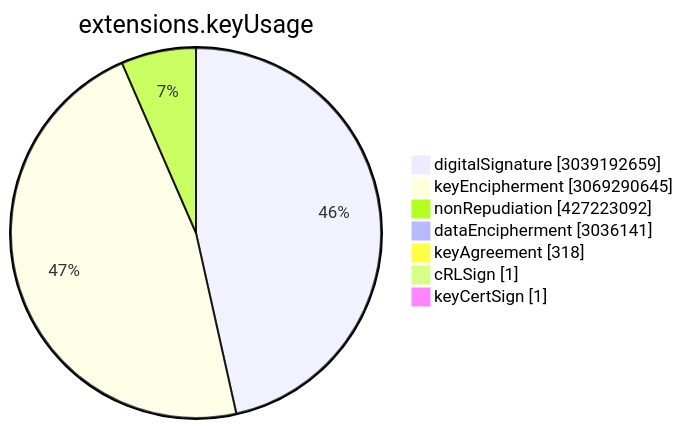
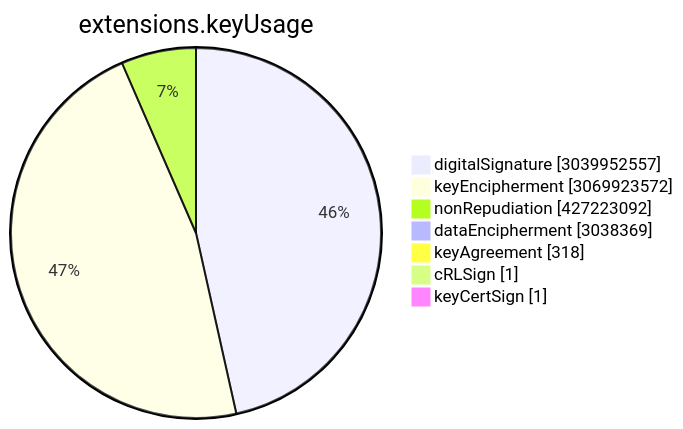
Before and after one commit to christiankrug/ctmonitor_visualization: the sixth of 15 diagrams in TOTAL/README.md, drawn with Mermaid. The commit also changed other lines of this file, not shown here.

````diff
--- a/TOTAL/README.md
+++ b/TOTAL/README.md
@@ -3075,11 +3075,11 @@
 ```mermaid
 pie showData
 title extensions.keyUsage
-"digitalSignature" :3039192659
-"keyEncipherment" :3069290645
+"digitalSignature" :3039952557
+"keyEncipherment" :3069923572
 "nonRepudiation" :427223092
-"dataEncipherment" :3036141
+"dataEncipherment" :3038369
 "keyAgreement" :318
 "cRLSign" :1
 "keyCertSign" :1
 ```
````
